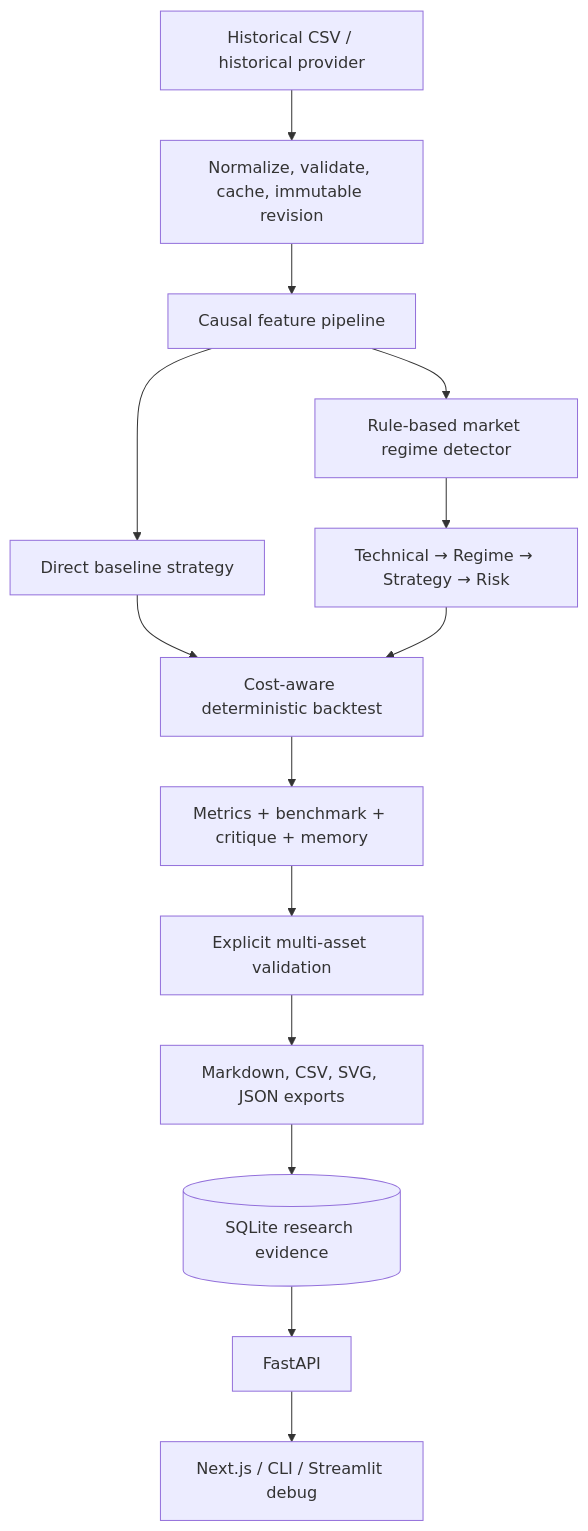
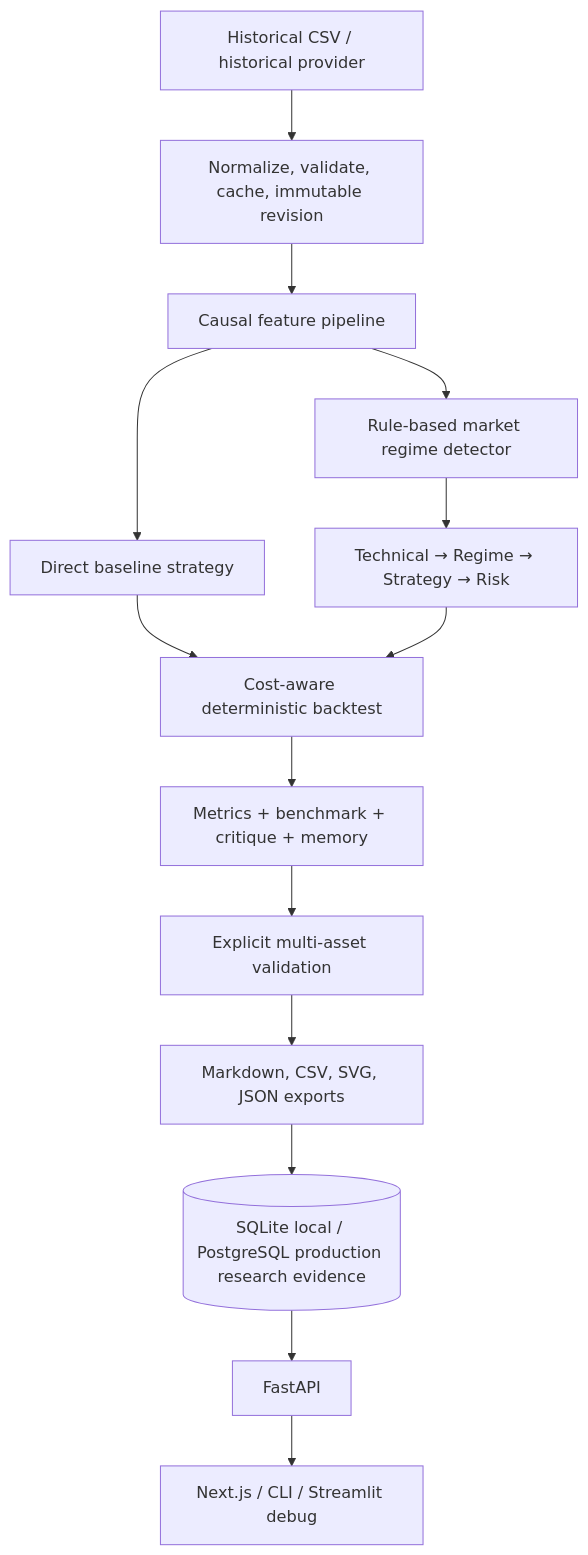
One commit to Aryanbbc/FinAgent changed the diagram in docs/ARCHITECTURE.md. Above: the diagram before and after it, drawn with Mermaid. The commit also changed other lines of this file and 34 other files, not shown here.

Commit message:
feat: add PostgreSQL production persistence

````diff
--- a/docs/ARCHITECTURE.md
+++ b/docs/ARCHITECTURE.md
@@ -5,16 +5,16 @@
 ```mermaid
 flowchart TD
     source[Historical CSV / historical provider] --> data[Normalize, validate, cache, immutable revision]
     data --> features[Causal feature pipeline]
     features --> regime[Rule-based market regime detector]
     features --> direct[Direct baseline strategy]
     regime --> agents[Technical → Regime → Strategy → Risk]
     direct --> engine[Cost-aware deterministic backtest]
     agents --> engine
     engine --> evidence[Metrics + benchmark + critique + memory]
     evidence --> validation[Explicit multi-asset validation]
     validation --> export[Markdown, CSV, SVG, JSON exports]
-    export --> sqlite[(SQLite research evidence)]
-    sqlite --> api[FastAPI]
+    export --> database[(SQLite local / PostgreSQL production research evidence)]
+    database --> api[FastAPI]
     api --> ui[Next.js / CLI / Streamlit debug]
 ```
````
